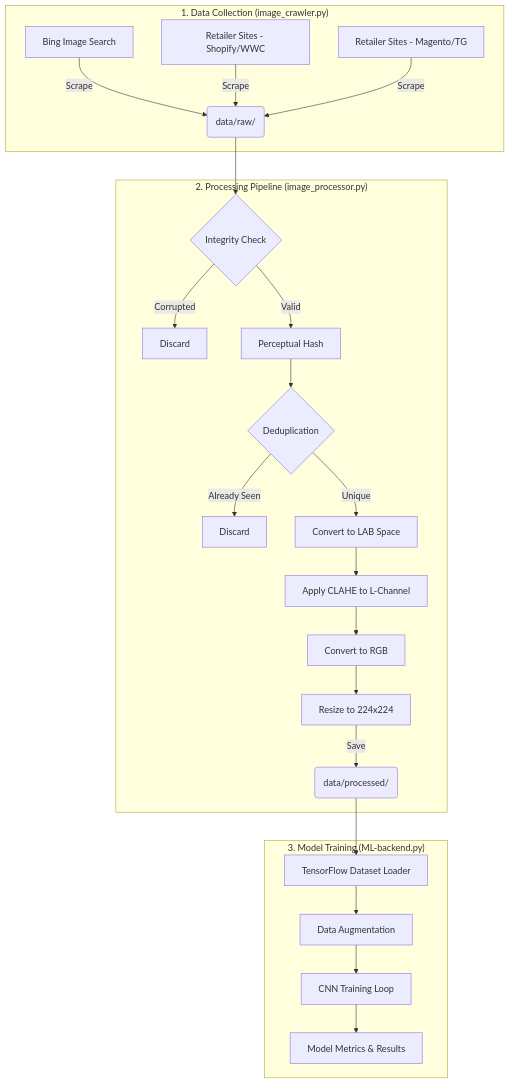
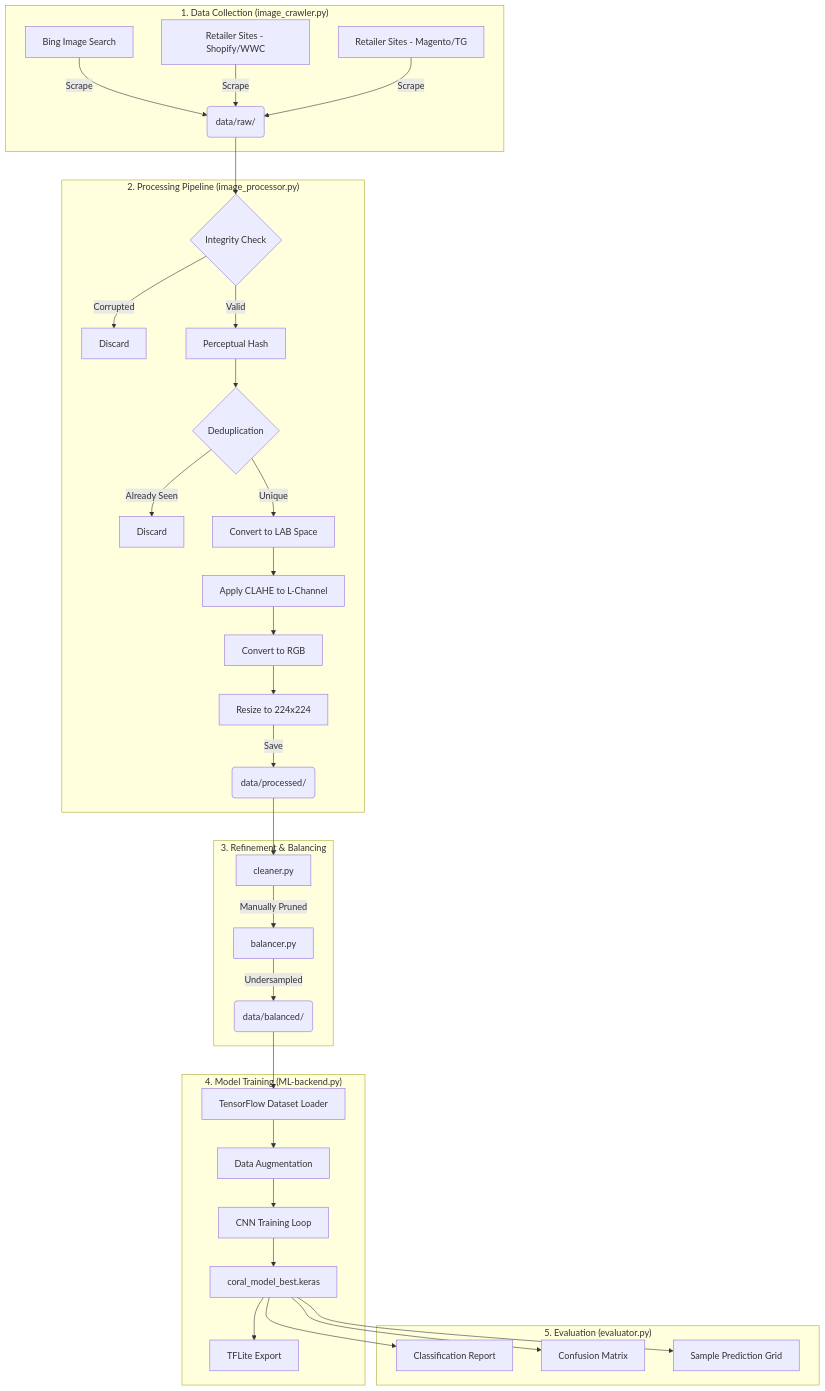
One commit to ejaebker/Coral-Image-identifier changed the diagram in DIAGRAM.md. Above: the diagram before and after it, drawn with Mermaid. The commit also changed 1 other file, not shown here.

Commit message:
Docs: Update architecture diagram and pipeline stages for V2 components

````diff
--- a/DIAGRAM.md
+++ b/DIAGRAM.md
@@ -5,28 +5,41 @@
 ```mermaid
 graph TD
     subgraph "1. Data Collection (image_crawler.py)"
         A[Bing Image Search] -->|Scrape| B(data/raw/)
         C[Retailer Sites - Shopify/WWC] -->|Scrape| B
         D[Retailer Sites - Magento/TG] -->|Scrape| B
     end
 
     subgraph "2. Processing Pipeline (image_processor.py)"
         B --> E{Integrity Check}
         E -->|Corrupted| F[Discard]
         E -->|Valid| G[Perceptual Hash]
         G --> H{Deduplication}
         H -->|Already Seen| I[Discard]
         H -->|Unique| J[Convert to LAB Space]
         J --> K[Apply CLAHE to L-Channel]
         K --> L[Convert to RGB]
         L --> M[Resize to 224x224]
         M -->|Save| N(data/processed/)
     end
 
-    subgraph "3. Model Training (ML-backend.py)"
-        N --> O[TensorFlow Dataset Loader]
+    subgraph "3. Refinement & Balancing"
+        N --> N1[cleaner.py]
+        N1 -->|Manually Pruned| N2[balancer.py]
+        N2 -->|Undersampled| B1(data/balanced/)
+    end
+
+    subgraph "4. Model Training (ML-backend.py)"
+        B1 --> O[TensorFlow Dataset Loader]
         O --> P[Data Augmentation]
         P --> Q[CNN Training Loop]
-        Q --> R[Model Metrics & Results]
+        Q --> R[coral_model_best.keras]
+        R --> S[TFLite Export]
+    end
+
+    subgraph "5. Evaluation (evaluator.py)"
+        R --> T[Classification Report]
+        R --> U[Confusion Matrix]
+        R --> V[Sample Prediction Grid]
     end
 ```
````
